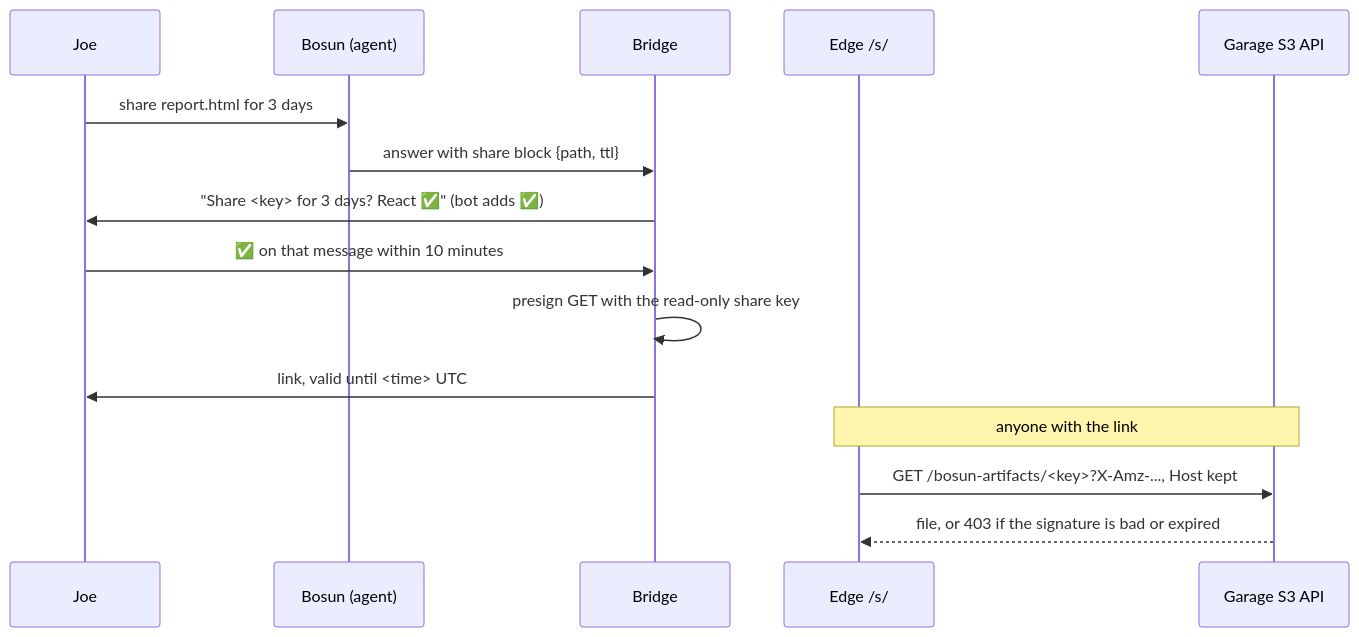
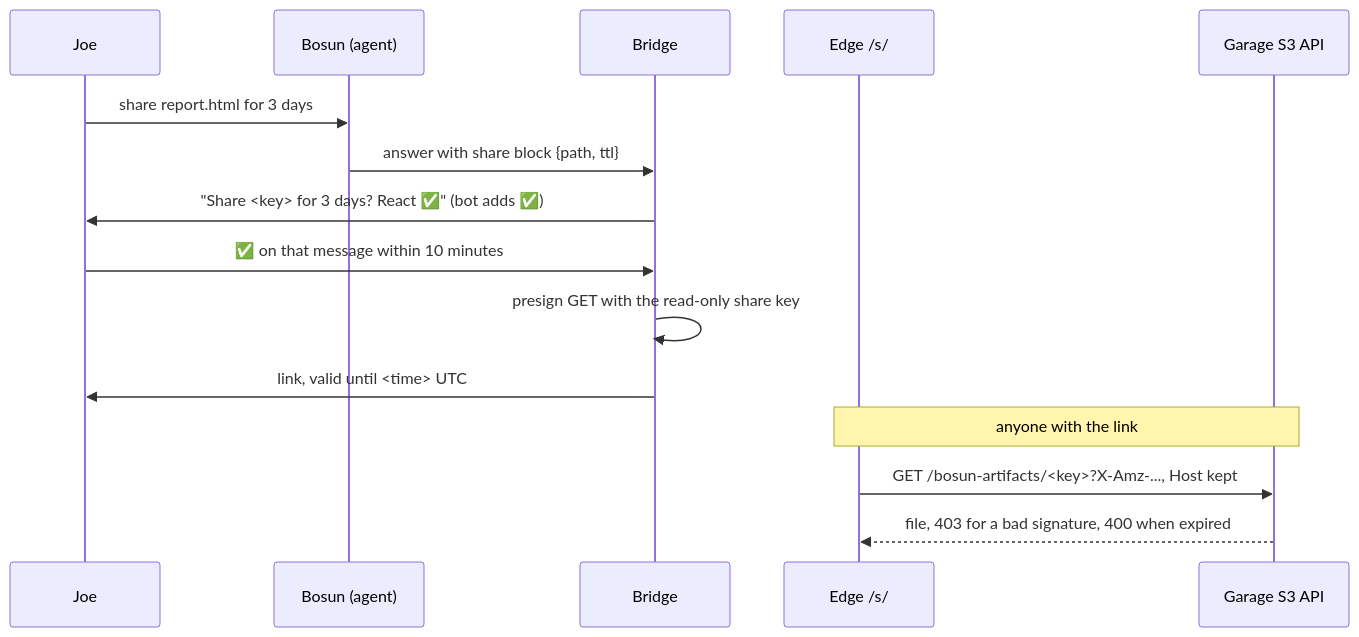
One commit to jomcgi-org/homelab changed the ninth of 11 diagrams in projects/factory/discord/server-agents.md. Above: the diagram before and after it, drawn with Mermaid. The commit also changed other lines of this file and 2 other files, not shown here.

Commit message:
test(edge): expect Garage's 400 for an expired share link
Garage v2.5.0 rejects an expired presigned URL as a bad request while it
parses the query, before the signature check.

Refs HOME-917

````diff
--- a/projects/factory/discord/server-agents.md
+++ b/projects/factory/discord/server-agents.md
@@ -602,17 +602,17 @@
 ```mermaid
 sequenceDiagram
   participant J as Joe
   participant B as Bosun (agent)
   participant R as Bridge
   participant E as Edge /s/
   participant G as Garage S3 API
   J->>B: share report.html for 3 days
   B->>R: answer with share block {path, ttl}
   R->>J: "Share <key> for 3 days? React ✅" (bot adds ✅)
   J->>R: ✅ on that message within 10 minutes
   R->>R: presign GET with the read-only share key
   R->>J: link, valid until <time> UTC
   Note over E,G: anyone with the link
   E->>G: GET /bosun-artifacts/<key>?X-Amz-..., Host kept
-  G-->>E: file, or 403 if the signature is bad or expired
+  G-->>E: file, 403 for a bad signature, 400 when expired
 ```
````
